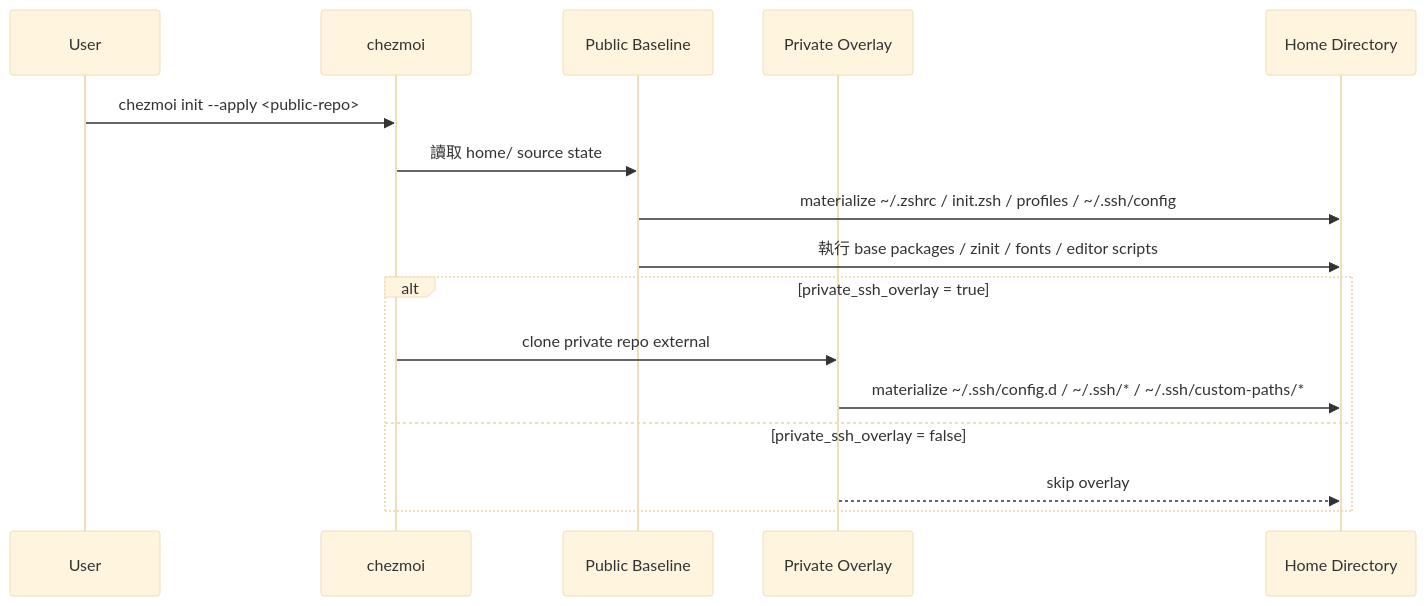
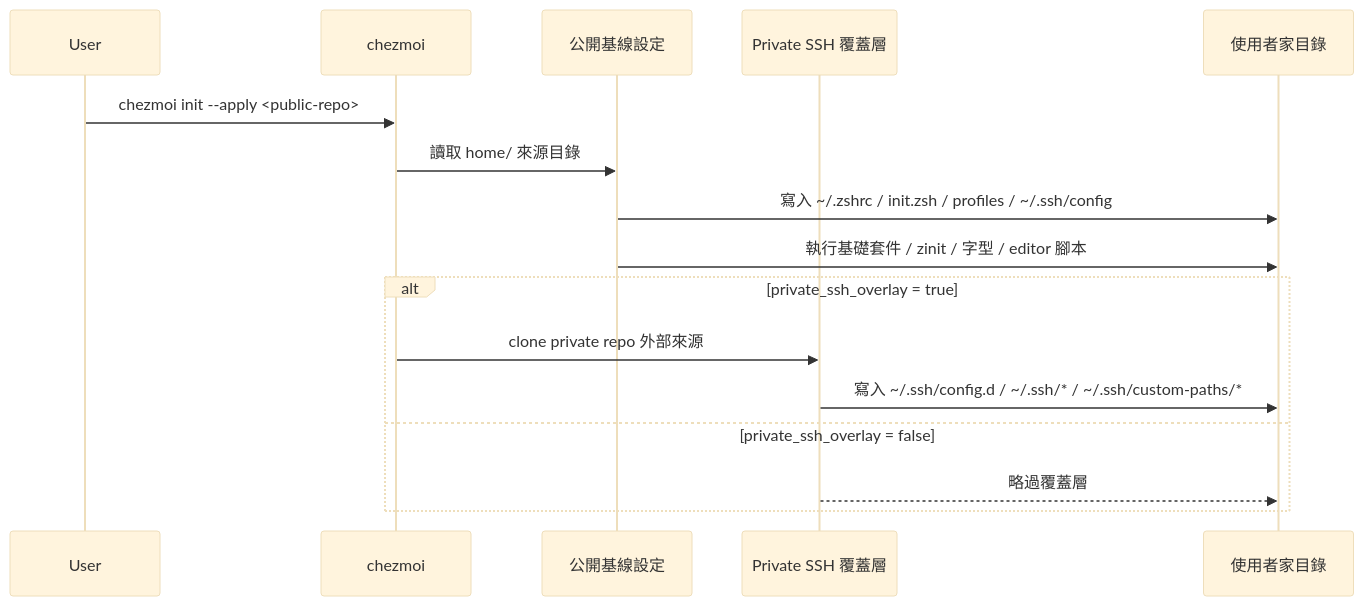
The second of 3 diagrams in docs/architecture-diagram.md (ValorVie/settingZsh), drawn with Mermaid (base theme) before and after one commit. The commit also changed other lines of this file and 6 other files, not shown here.

````diff
--- a/docs/architecture-diagram.md
+++ b/docs/architecture-diagram.md
@@ -79,19 +80,19 @@
 ```mermaid
 sequenceDiagram
     participant U as User
     participant C as chezmoi
-    participant P as Public Baseline
-    participant X as Private Overlay
-    participant H as Home Directory
+    participant P as 公開基線設定
+    participant X as Private SSH 覆蓋層
+    participant H as 使用者家目錄
 
     U->>C: chezmoi init --apply <public-repo>
-    C->>P: 讀取 home/ source state
-    P->>H: materialize ~/.zshrc / init.zsh / profiles / ~/.ssh/config
-    P->>H: 執行 base packages / zinit / fonts / editor scripts
+    C->>P: 讀取 home/ 來源目錄
+    P->>H: 寫入 ~/.zshrc / init.zsh / profiles / ~/.ssh/config
+    P->>H: 執行基礎套件 / zinit / 字型 / editor 腳本
     alt private_ssh_overlay = true
-        C->>X: clone private repo external
-        X->>H: materialize ~/.ssh/config.d / ~/.ssh/* / ~/.ssh/custom-paths/*
+        C->>X: clone private repo 外部來源
+        X->>H: 寫入 ~/.ssh/config.d / ~/.ssh/* / ~/.ssh/custom-paths/*
     else private_ssh_overlay = false
-        X-->>H: skip overlay
+        X-->>H: 略過覆蓋層
     end
 ```
````
